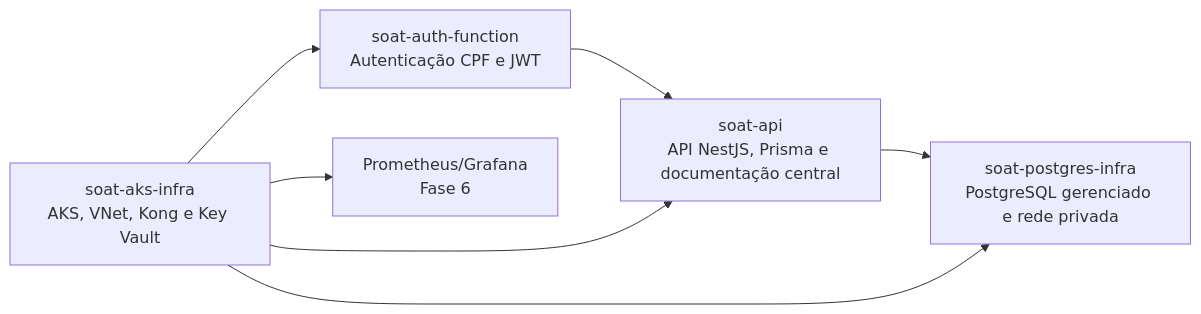
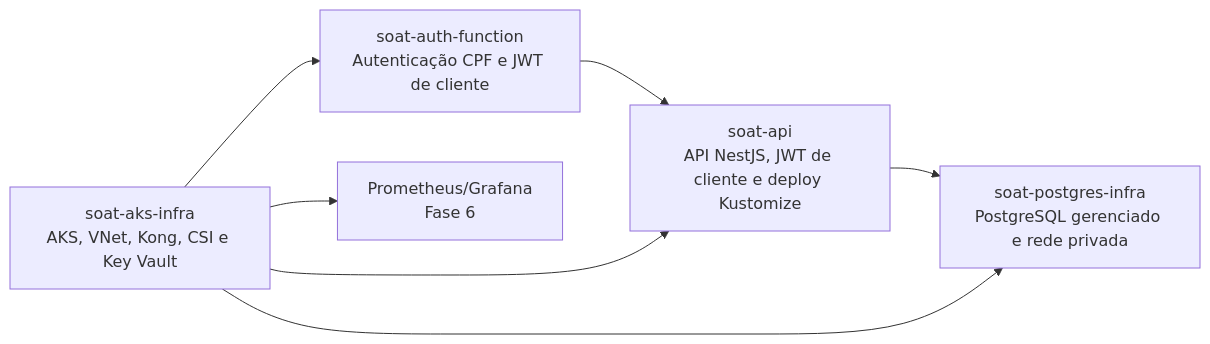
One commit to JoaoGW/soat-api changed the first of 2 diagrams in docs/architecture/README.md. Above: the diagram before and after it, drawn with Mermaid. The commit also changed other lines of this file and 3 other files, not shown here.

Commit message:
(docs): Atualizada documentação de deploy da API

````diff
--- a/docs/architecture/README.md
+++ b/docs/architecture/README.md
@@ -16,15 +16,15 @@
 ```mermaid
 flowchart LR
-    API[soat-api\nAPI NestJS, Prisma e documentação central]
-    AUTH[soat-auth-function\nAutenticação CPF e JWT]
-    AKS[soat-aks-infra\nAKS, VNet, Kong e Key Vault]
+    API[soat-api\nAPI NestJS, JWT de cliente e deploy Kustomize]
+    AUTH[soat-auth-function\nAutenticação CPF e JWT de cliente]
+    AKS[soat-aks-infra\nAKS, VNet, Kong, CSI e Key Vault]
     PG[soat-postgres-infra\nPostgreSQL gerenciado e rede privada]
     OBS[Prometheus/Grafana\nFase 6]
 
     AUTH --> API
     API --> PG
     AKS --> API
     AKS --> AUTH
     AKS --> PG
     AKS --> OBS
 ```
````
